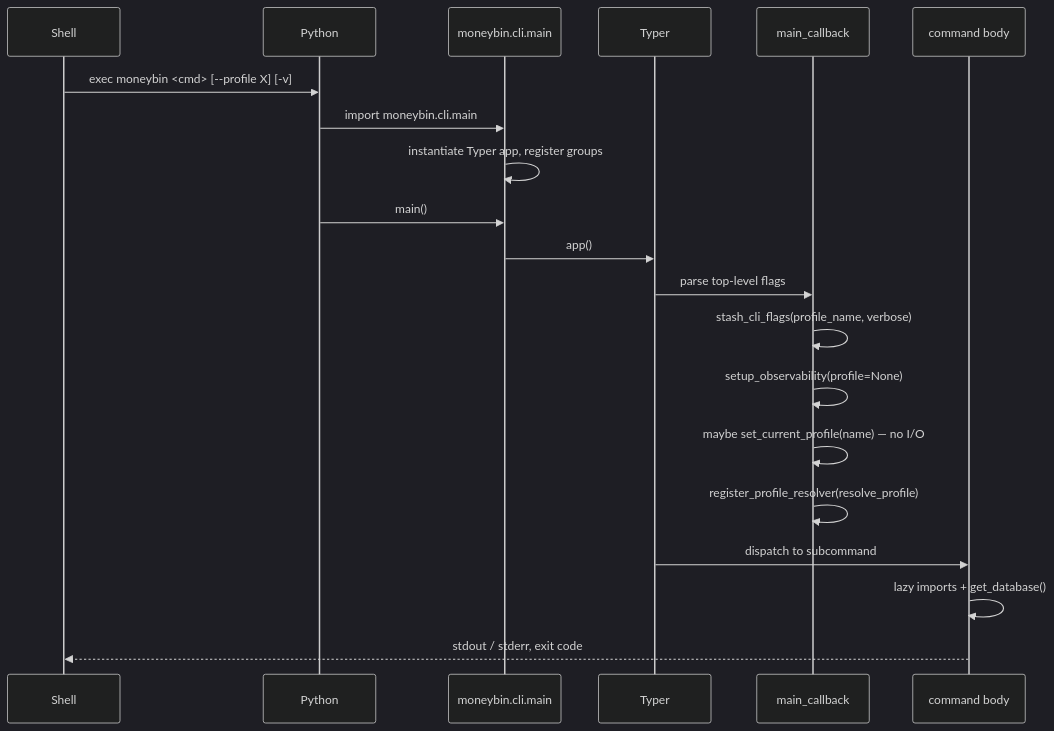
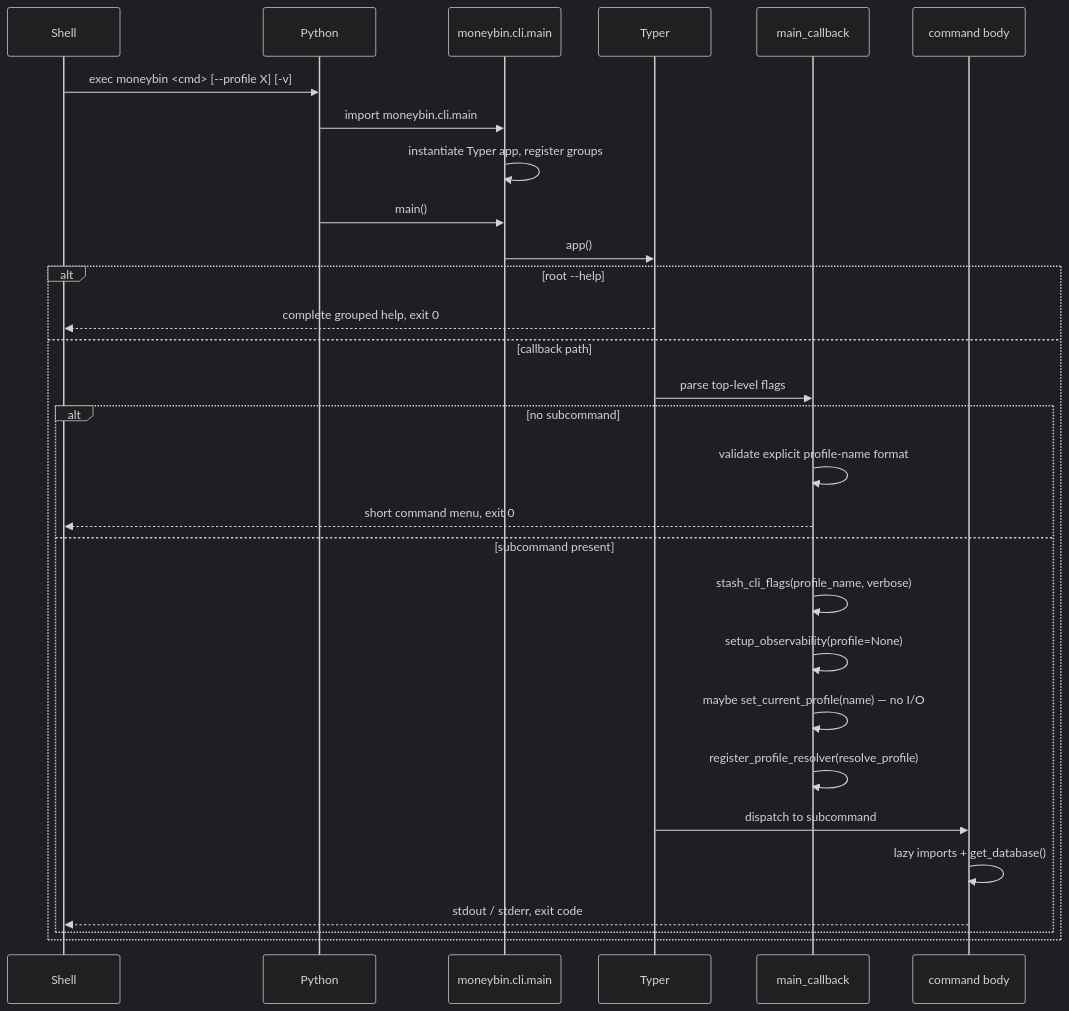
Before and after one commit to bsaffel/moneybin: the first of 2 diagrams in docs/reference/cli-startup-flow.md, drawn with Mermaid (dark theme). The commit also changed other lines of this file and 29 other files, not shown here.

First line of the commit message:
Preserve detailed command help and validate root discovery

````diff
--- a/docs/reference/cli-startup-flow.md
+++ b/docs/reference/cli-startup-flow.md
@@ -9,23 +9,32 @@
 ```mermaid
 sequenceDiagram
     participant Shell
     participant Python
     participant Main as moneybin.cli.main
     participant Typer
     participant Callback as main_callback
     participant Leaf as command body
 
     Shell->>Python: exec moneybin <cmd> [--profile X] [-v]
     Python->>Main: import moneybin.cli.main
     Main->>Main: instantiate Typer app, register groups
     Python->>Main: main()
     Main->>Typer: app()
+    alt root --help
+        Typer-->>Shell: complete grouped help, exit 0
+    else callback path
     Typer->>Callback: parse top-level flags
+    alt no subcommand
+        Callback->>Callback: validate explicit profile-name format
+        Callback-->>Shell: short command menu, exit 0
+    else subcommand present
     Callback->>Callback: stash_cli_flags(profile_name, verbose)
     Callback->>Callback: setup_observability(profile=None)
     Callback->>Callback: maybe set_current_profile(name) — no I/O
     Callback->>Callback: register_profile_resolver(resolve_profile)
     Typer->>Leaf: dispatch to subcommand
     Leaf->>Leaf: lazy imports + get_database()
     Leaf-->>Shell: stdout / stderr, exit code
+    end
+    end
 ```
````
